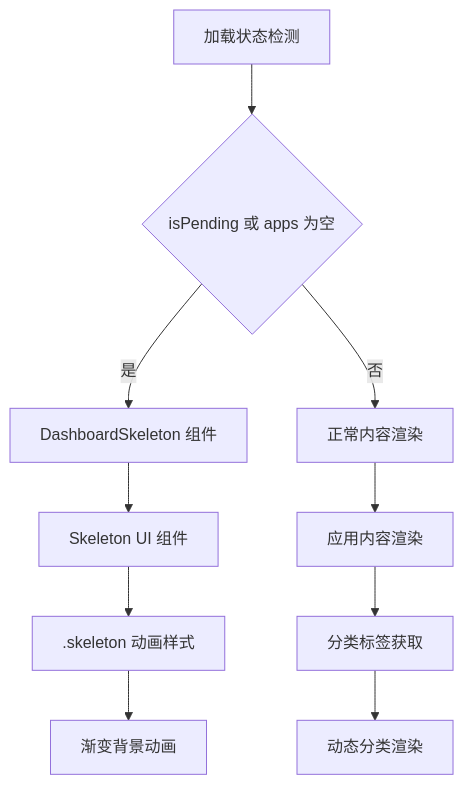
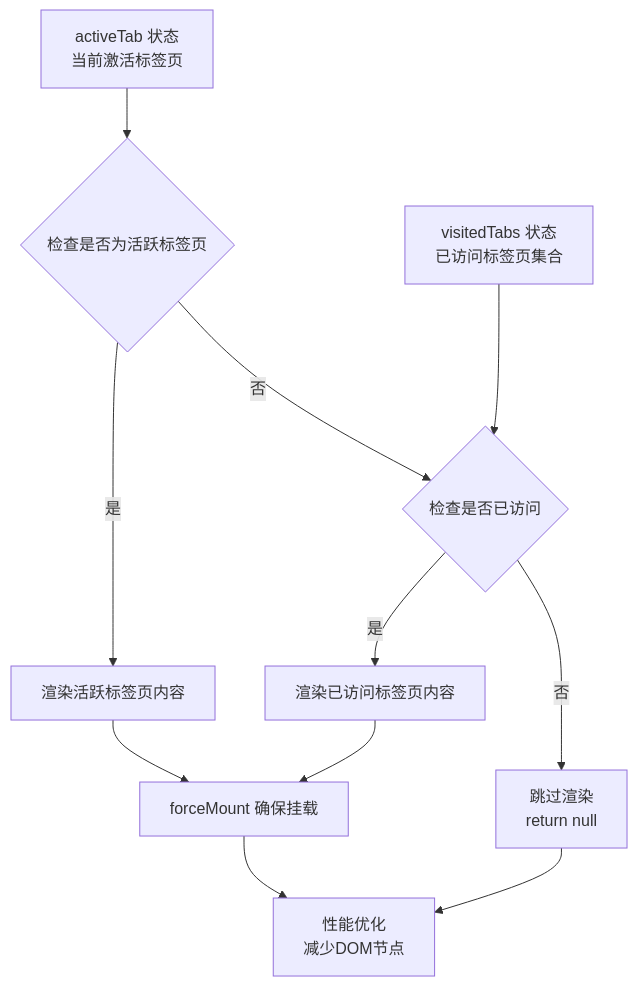
One commit to RadiumAg/image-saas changed the eighth of 12 diagrams in .qoder/repowiki/zh/content/核心功能模块/应用管理系统.md. Above: the diagram before and after it, drawn with Mermaid. The commit also changed other lines of this file and 3 other files, not shown here.

````diff
--- a/.qoder/repowiki/zh/content/核心功能模块/应用管理系统.md
+++ b/.qoder/repowiki/zh/content/核心功能模块/应用管理系统.md
@@ -368,12 +396,13 @@
 ```mermaid
 flowchart TD
-LoadState["加载状态检测"] --> IsPending{"isPending 或 apps 为空"}
-IsPending --> |是| DashboardSkeleton["DashboardSkeleton 组件"]
-IsPending --> |否| NormalState["正常内容渲染"]
-DashboardSkeleton --> SkeletonUI["Skeleton UI 组件"]
-SkeletonUI --> GlobalCSS[".skeleton 动画样式"]
-GlobalCSS --> Animation["渐变背景动画"]
-NormalState --> AppContent["应用内容渲染"]
-AppContent --> CategoryTags["分类标签获取"]
-CategoryTags --> DynamicRender["动态分类渲染"]
+ActiveTab["activeTab 状态<br/>当前激活标签页"] --> CheckActive{"检查是否为活跃标签页"}
+VisitedTabs["visitedTabs 状态<br/>已访问标签页集合"] --> CheckVisited{"检查是否已访问"}
+CheckActive --> |是| RenderActive["渲染活跃标签页内容"]
+CheckVisited --> |是| RenderVisited["渲染已访问标签页内容"]
+CheckActive --> |否| CheckVisited
+CheckVisited --> |否| SkipRender["跳过渲染<br/>return null"]
+RenderActive --> ForceMount["forceMount 确保挂载"]
+RenderVisited --> ForceMount
+SkipRender --> Performance["性能优化<br/>减少DOM节点"]
+ForceMount --> Performance
 ```
````
